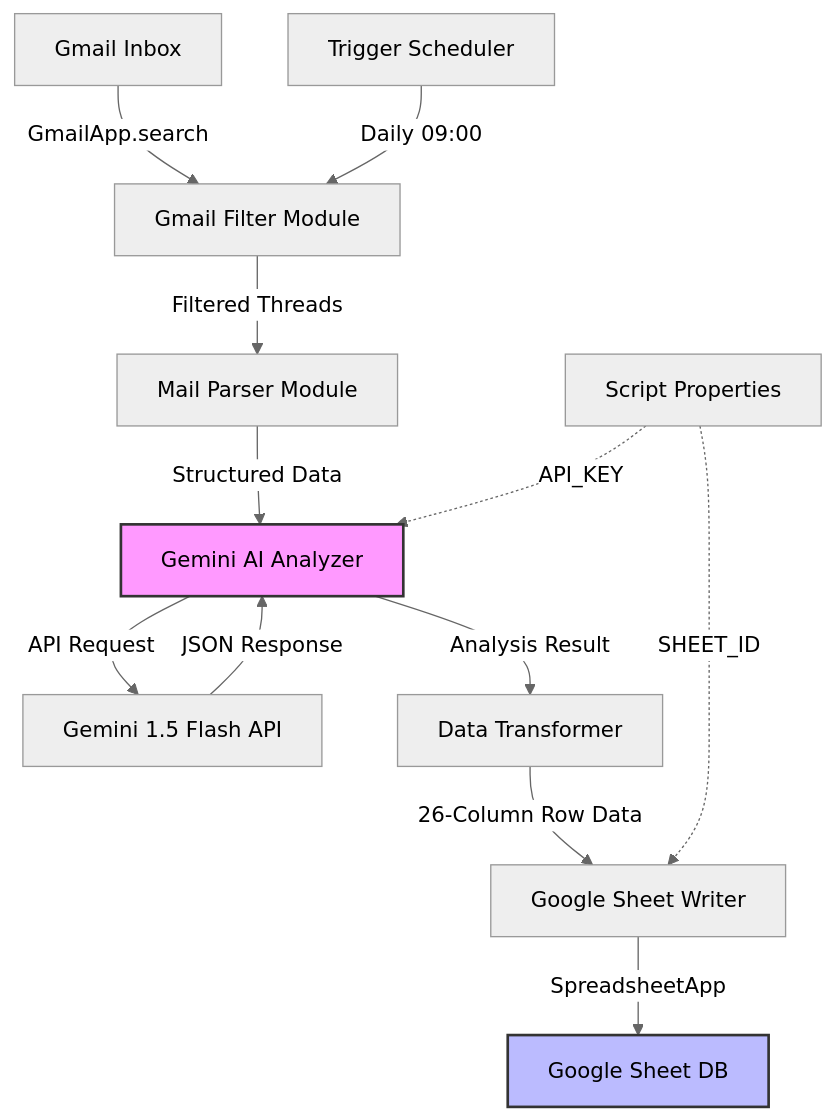
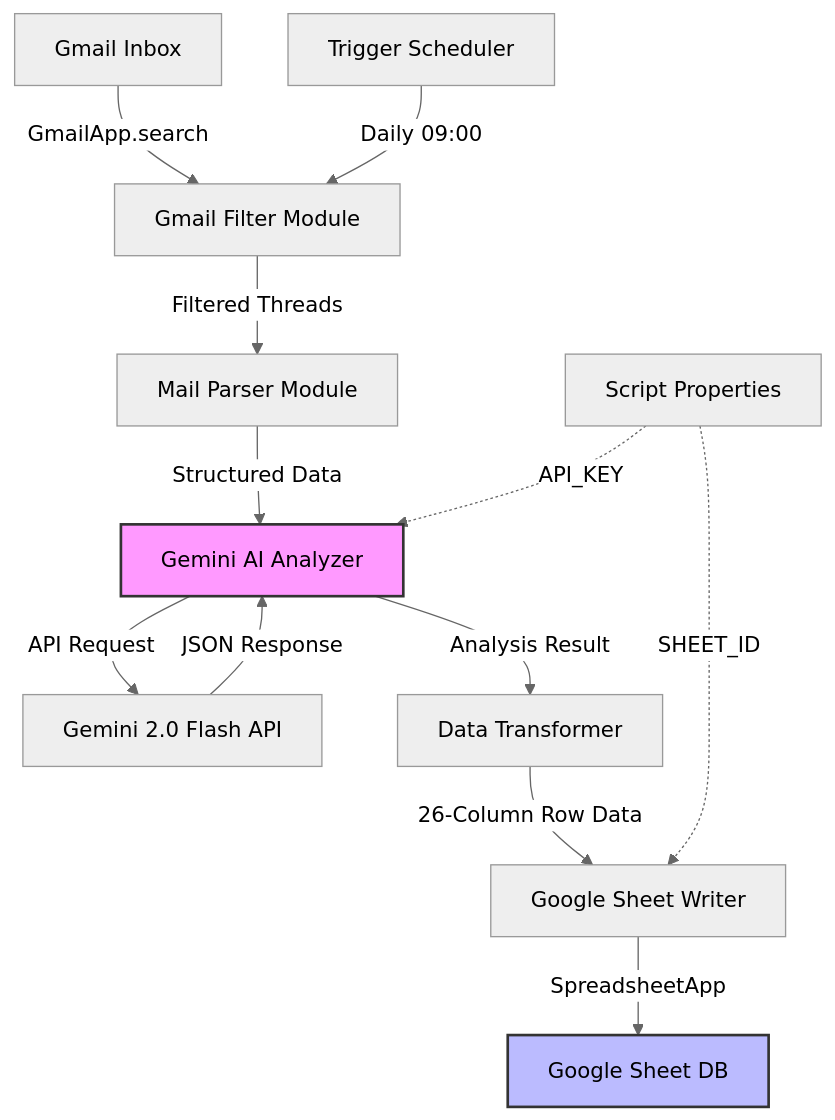
Before and after one commit to Nicefree19/P5-PJT: the first of 2 diagrams in docs/techspec.md, drawn with Mermaid (neutral theme). The commit also changed other lines of this file and 13 other files, not shown here.

````diff
--- a/docs/techspec.md
+++ b/docs/techspec.md
@@ -120,19 +120,19 @@
 ```mermaid
 graph TD
     A[Gmail Inbox] -->|GmailApp.search| B[Gmail Filter Module]
     B -->|Filtered Threads| C[Mail Parser Module]
     C -->|Structured Data| D[Gemini AI Analyzer]
-    D -->|API Request| E[Gemini 1.5 Flash API]
+    D -->|API Request| E[Gemini 2.0 Flash API]
     E -->|JSON Response| D
     D -->|Analysis Result| F[Data Transformer]
     F -->|26-Column Row Data| G[Google Sheet Writer]
     G -->|SpreadsheetApp| H[Google Sheet DB]
 
     I[Script Properties] -.->|API_KEY| D
     I -.->|SHEET_ID| G
 
     J[Trigger Scheduler] -->|Daily 09:00| B
 
     style D fill:#f9f,stroke:#333,stroke-width:2px
     style H fill:#bbf,stroke:#333,stroke-width:2px
 ```
````
